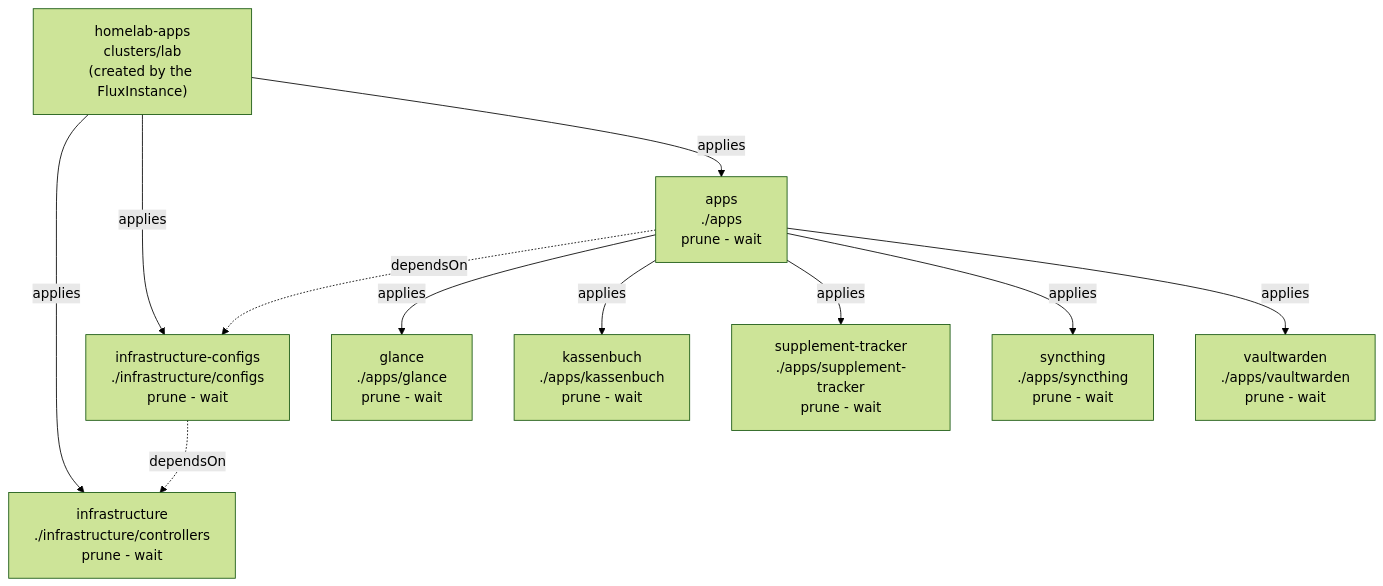
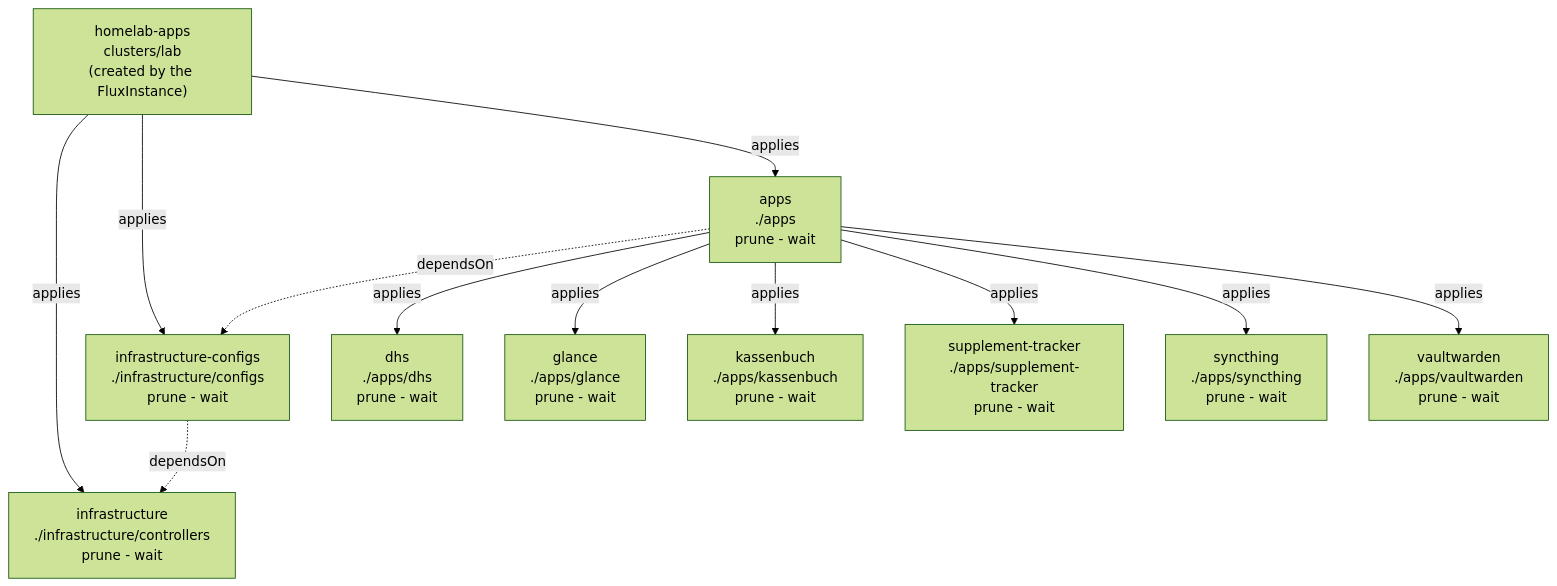
Before and after one commit to Sojamann/homelab-apps: the diagram in README.md, drawn with Mermaid (forest theme). The commit also changed other lines of this file and 14 other files, not shown here.

````diff
--- a/README.md
+++ b/README.md
@@ -17,17 +17,18 @@
 ```mermaid
 graph TD
   ROOT["homelab-apps<br/>clusters/lab<br/>(created by the FluxInstance)"]
 
   ROOT -->|applies| INFRA["infrastructure<br/>./infrastructure/controllers<br/>prune - wait"]
   ROOT -->|applies| CFG["infrastructure-configs<br/>./infrastructure/configs<br/>prune - wait"]
   ROOT -->|applies| APPS["apps<br/>./apps<br/>prune - wait"]
 
   CFG -.->|dependsOn| INFRA
   APPS -.->|dependsOn| CFG
 
+  APPS -->|applies| DH["dhs<br/>./apps/dhs<br/>prune - wait"]
   APPS -->|applies| GL["glance<br/>./apps/glance<br/>prune - wait"]
   APPS -->|applies| KB["kassenbuch<br/>./apps/kassenbuch<br/>prune - wait"]
   APPS -->|applies| ST["supplement-tracker<br/>./apps/supplement-tracker<br/>prune - wait"]
   APPS -->|applies| SY["syncthing<br/>./apps/syncthing<br/>prune - wait"]
   APPS -->|applies| VW["vaultwarden<br/>./apps/vaultwarden<br/>prune - wait"]
 ```
````
